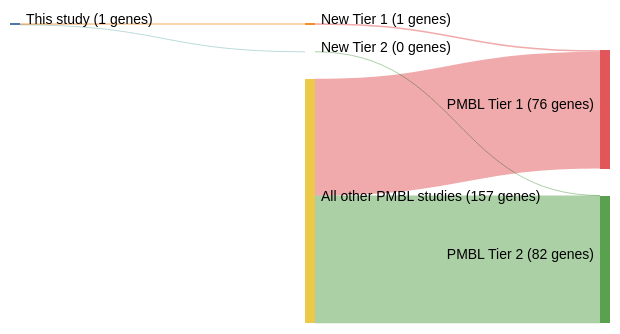
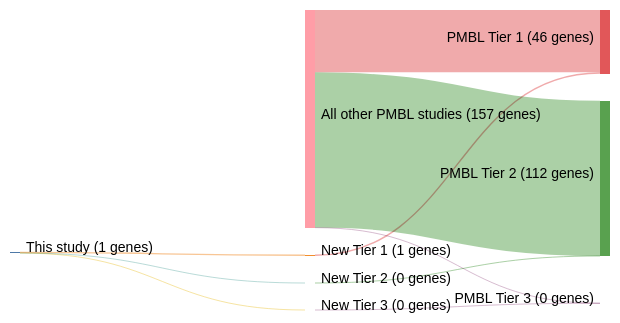
One commit to morinlab/lymphopedia changed the diagram in papers/gunawardanaRecurrentSomaticMutations2014.md. Above: the diagram before and after it, drawn with Mermaid (forest theme). The commit also changed other lines of this file and 81 other files, not shown here.

````diff
--- a/papers/gunawardanaRecurrentSomaticMutations2014.md
+++ b/papers/gunawardanaRecurrentSomaticMutations2014.md
@@ -12,20 +12,23 @@
 ```mermaid
 ---
 config:
     sankey:
         showValues: true
         linkColor: target
         width: 600
         height: 300
         nodeAlignment: right
         prefix: '('
         suffix: ' genes)'
 ---
 sankey-beta
 This study, New Tier 1, 1
 New Tier 1, PMBL Tier 1, 1
 This study, New Tier 2, 0
 New Tier 2, PMBL Tier 2, 0
-All other PMBL studies, PMBL Tier 1, 75
-All other PMBL studies, PMBL Tier 2, 82
+This study, New Tier 3, 0
+New Tier 3, PMBL Tier 3, 0
+All other PMBL studies, PMBL Tier 1, 45
+All other PMBL studies, PMBL Tier 2, 112
+All other PMBL studies, PMBL Tier 3, 0
 ```
````
